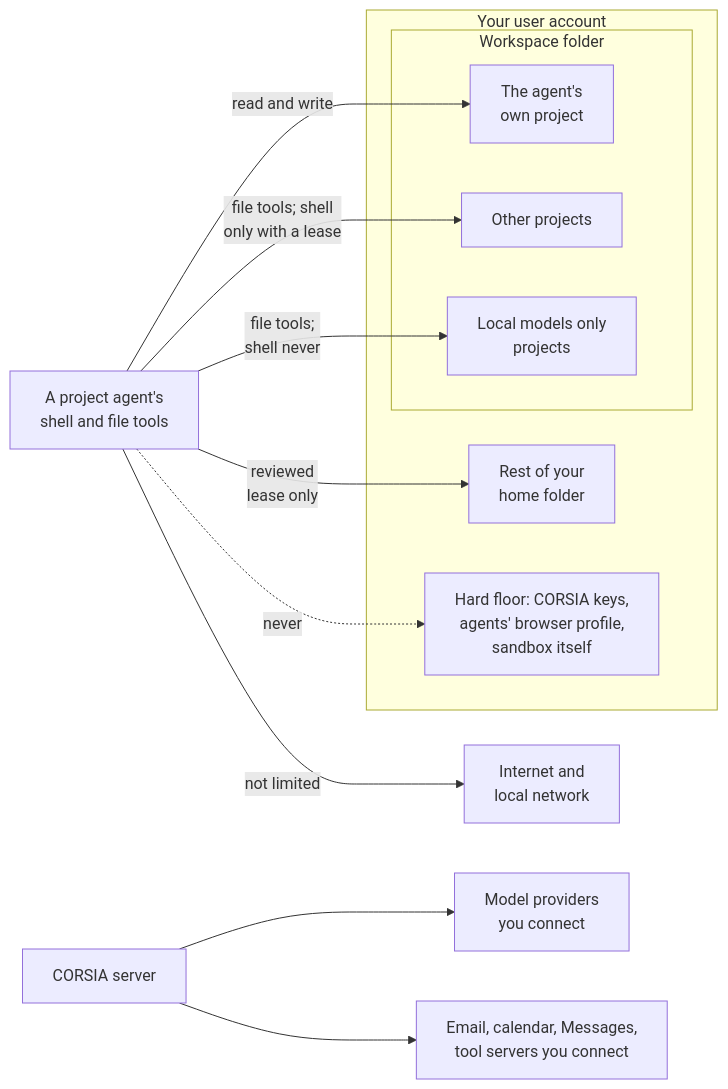
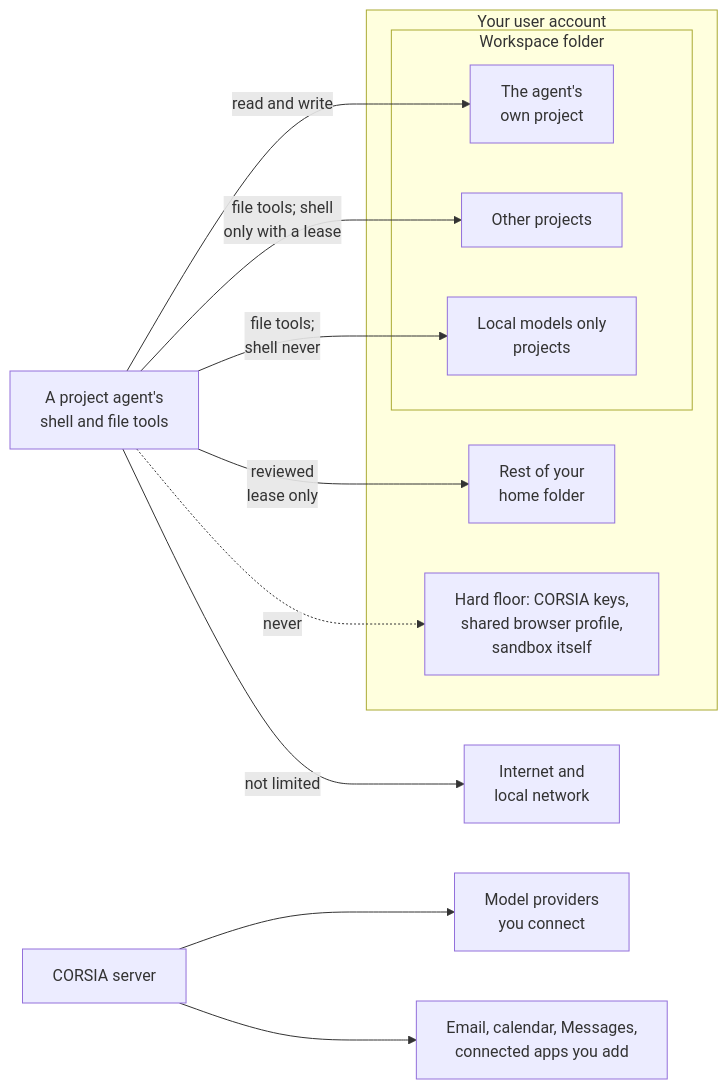
One commit to cebertowicz/corsia changed the diagram in docs/security/README.md. Above: the diagram before and after it, drawn with Mermaid. The commit also changed other lines of this file and 14 other files, not shown here.

````diff
--- a/docs/security/README.md
+++ b/docs/security/README.md
@@ -9,20 +9,20 @@
 ```mermaid
 flowchart LR
     subgraph You[Your user account]
         subgraph WS[Workspace folder]
             P1[The agent's<br/>own project]
             P2[Other projects]
             P3[Local models only<br/>projects]
         end
         H[Rest of your<br/>home folder]
-        F[Hard floor: CORSIA keys,<br/>agents' browser profile,<br/>sandbox itself]
+        F[Hard floor: CORSIA keys,<br/>shared browser profile,<br/>sandbox itself]
     end
     A[A project agent's<br/>shell and file tools] -->|read and write| P1
     A -->|file tools; shell<br/>only with a lease| P2
     A -->|file tools;<br/>shell never| P3
     A -->|reviewed<br/>lease only| H
     A -.->|never| F
     A -->|not limited| N[Internet and<br/>local network]
     S[CORSIA server] --> M[Model providers<br/>you connect]
-    S --> C[Email, calendar, Messages,<br/>tool servers you connect]
+    S --> C[Email, calendar, Messages,<br/>connected apps you add]
 ```
````
